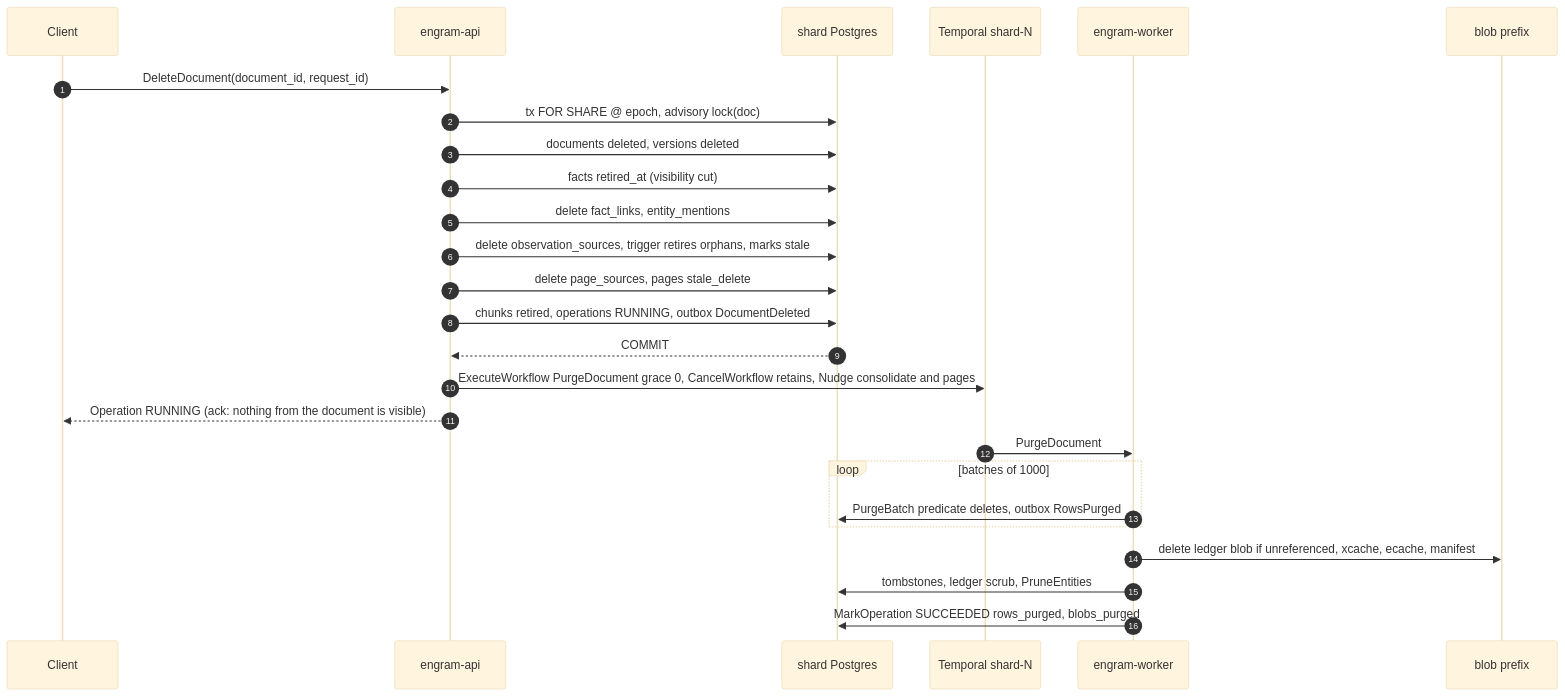
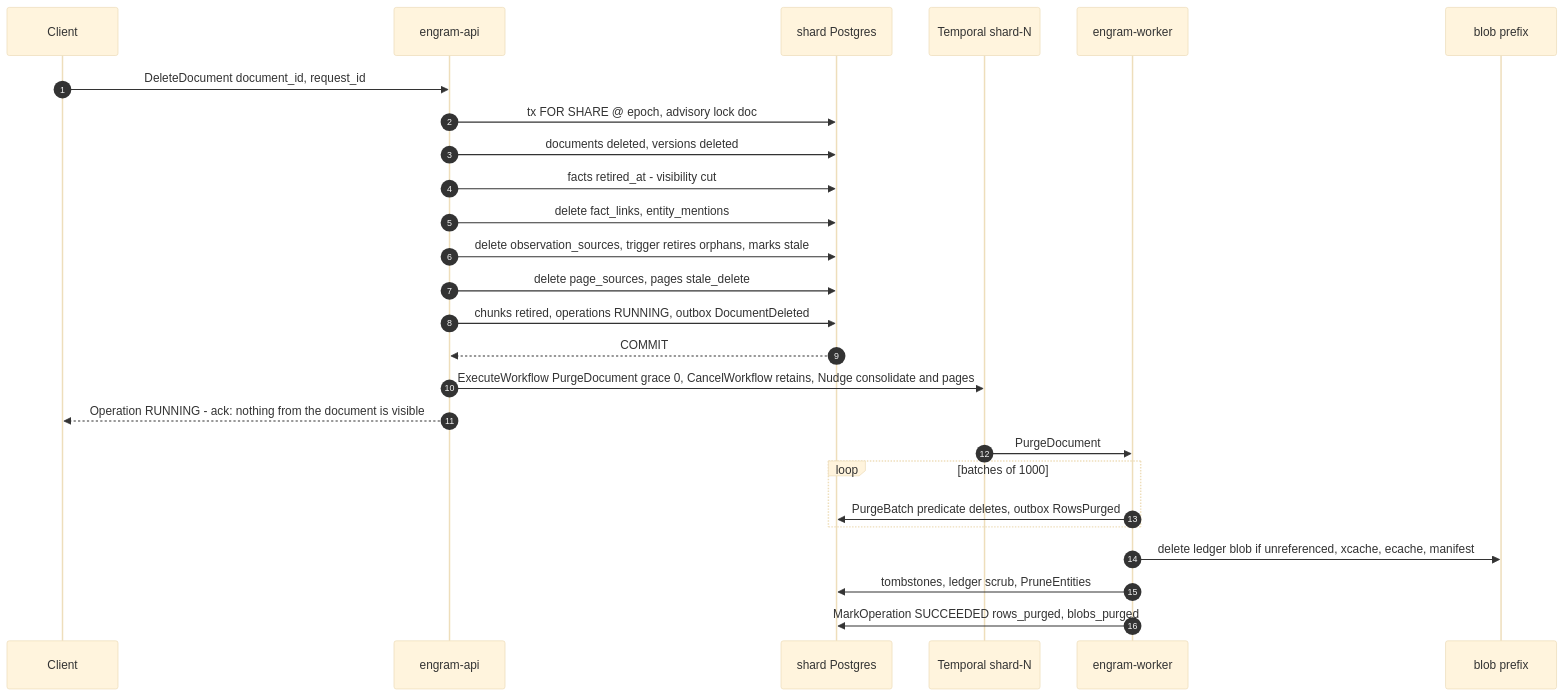
The fourth of 6 diagrams in plans/engram/sections/05-pipelines.md (gstamatakis95/agent-memory-benchmark), drawn with Mermaid (base theme) before and after one commit. The commit also changed other lines of this file and 20 other files, not shown here.

````diff
--- a/plans/engram/sections/05-pipelines.md
+++ b/plans/engram/sections/05-pipelines.md
@@ -988,28 +991,28 @@
 ```mermaid
 sequenceDiagram
   autonumber
   participant C as Client
   participant API as engram-api
   participant DB as shard Postgres
   participant T as Temporal shard-N
   participant W as engram-worker
   participant B as blob prefix
-  C->>API: DeleteDocument(document_id, request_id)
-  API->>DB: tx FOR SHARE @ epoch, advisory lock(doc)
+ C->>API: DeleteDocument document_id, request_id
+ API->>DB: tx FOR SHARE @ epoch, advisory lock doc
   API->>DB: documents deleted, versions deleted
-  API->>DB: facts retired_at (visibility cut)
+ API->>DB: facts retired_at - visibility cut
   API->>DB: delete fact_links, entity_mentions
   API->>DB: delete observation_sources, trigger retires orphans, marks stale
   API->>DB: delete page_sources, pages stale_delete
   API->>DB: chunks retired, operations RUNNING, outbox DocumentDeleted
   DB-->>API: COMMIT
   API->>T: ExecuteWorkflow PurgeDocument grace 0, CancelWorkflow retains, Nudge consolidate and pages
-  API-->>C: Operation RUNNING (ack: nothing from the document is visible)
+ API-->>C: Operation RUNNING - ack: nothing from the document is visible
   T->>W: PurgeDocument
   loop batches of 1000
     W->>DB: PurgeBatch predicate deletes, outbox RowsPurged
   end
   W->>B: delete ledger blob if unreferenced, xcache, ecache, manifest
   W->>DB: tombstones, ledger scrub, PruneEntities
   W->>DB: MarkOperation SUCCEEDED rows_purged, blobs_purged
 ```
````
